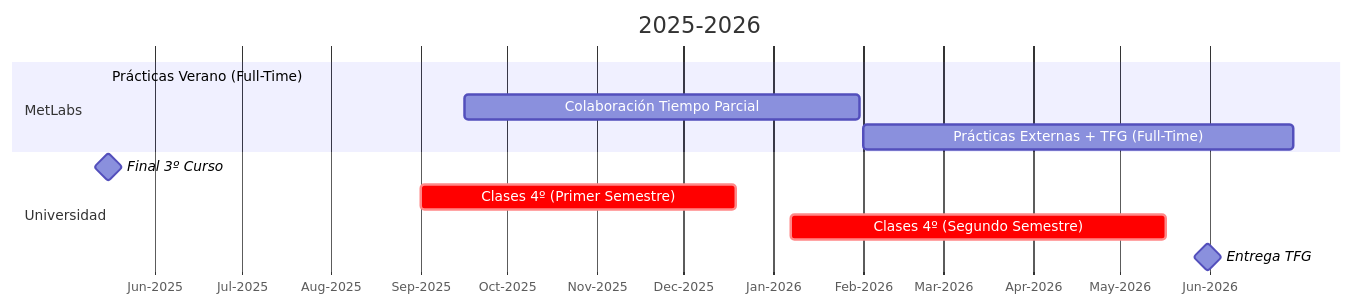
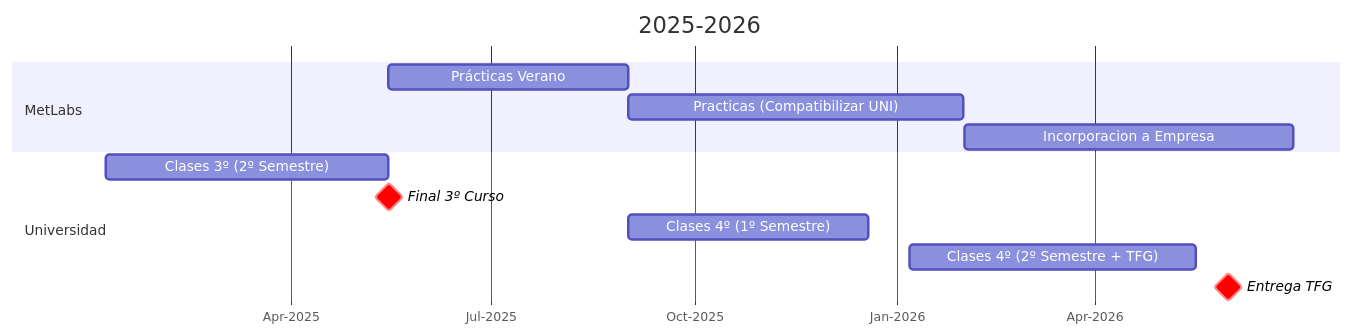
Before and after one commit to 0xGeN02/University: the diagram in 3/NaturalLanguageProcessing/Practicas.md, drawn with Mermaid. The commit also changed other lines of this file and 2 other files, not shown here.

````diff
--- a/3/NaturalLanguageProcessing/Practicas.md
+++ b/3/NaturalLanguageProcessing/Practicas.md
@@ -71,17 +71,18 @@
 ```mermaid
 gantt
     title 2025-2026
     dateFormat  YYYY-MM-DD
     axisFormat  %b-%Y
     
     section MetLabs
-    Prácticas Verano (Full-Time)      :2025-05-15, 2025-09-1
-    Colaboración Tiempo Parcial       :2025-09-16, 2026-01-31
-    Prácticas Externas + TFG (Full-Time) :2026-02-01, 2026-06-30
+    Prácticas Verano                     :2025-05-15, 2025-09-01
+    Practicas (Compatibilizar UNI)       :2025-09-01, 2026-01-31
+    Incorporacion a Empresa              :2026-02-01, 2026-06-30
     
     section Universidad
-    Final 3º Curso        :milestone, 2025-05-16,
-    Clases 4º (Primer Semestre)       :crit, 2025-09-01, 2025-12-19
-    Clases 4º (Segundo Semestre)       :crit, 2026-01-07, 2026-05-17
-    Entrega TFG                       :milestone, 2026-06-15
+    Clases 3º (2º Semestre)              :2025-01-07, 2025-05-15
+    Final 3º Curso                       :crit, milestone, 2025-05-16
+    Clases 4º (1º Semestre)              :2025-09-01, 2025-12-19
+    Clases 4º (2º Semestre + TFG)        :2026-01-07, 2026-05-17
+    Entrega TFG                          :crit, milestone, 2026-06-15
 ```
````
